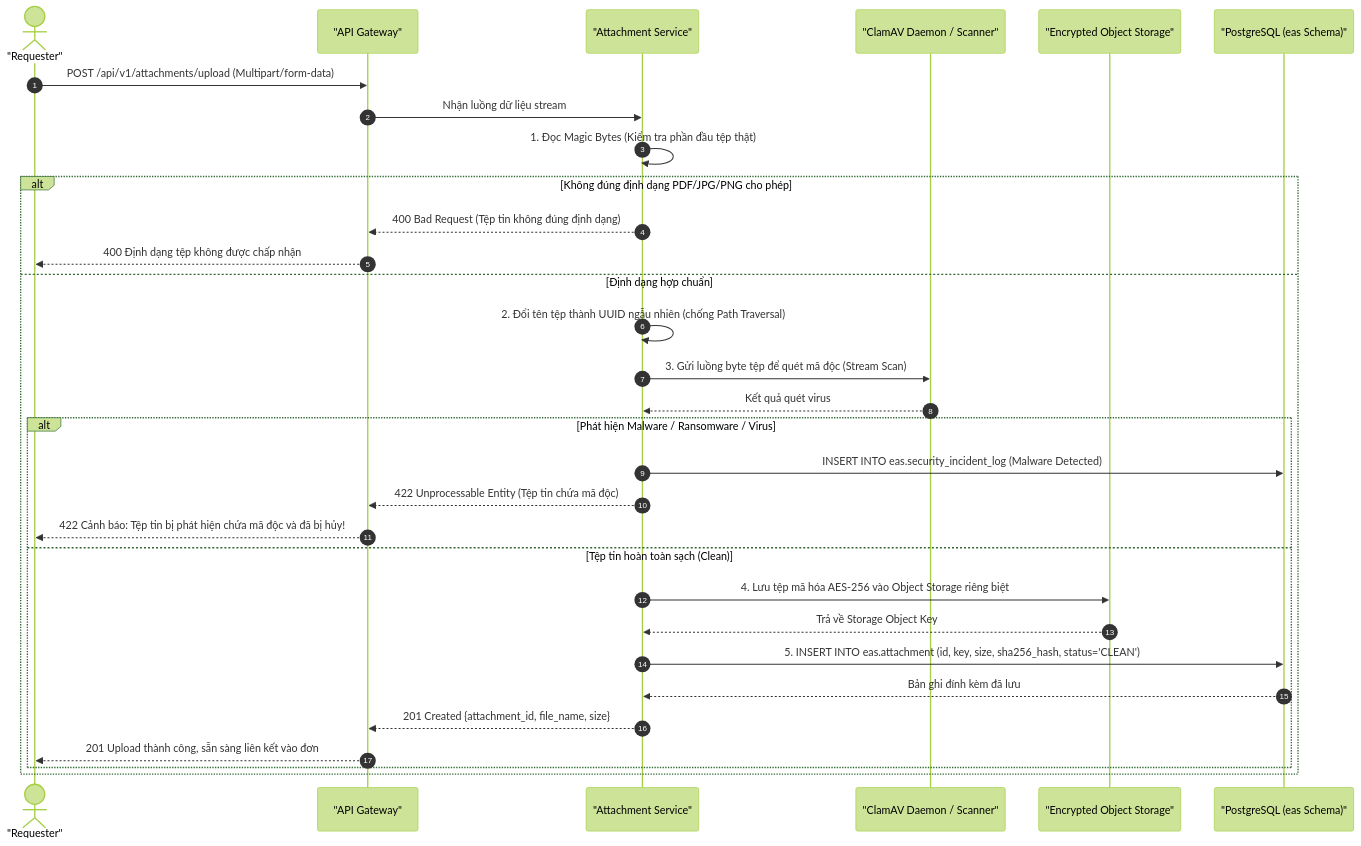
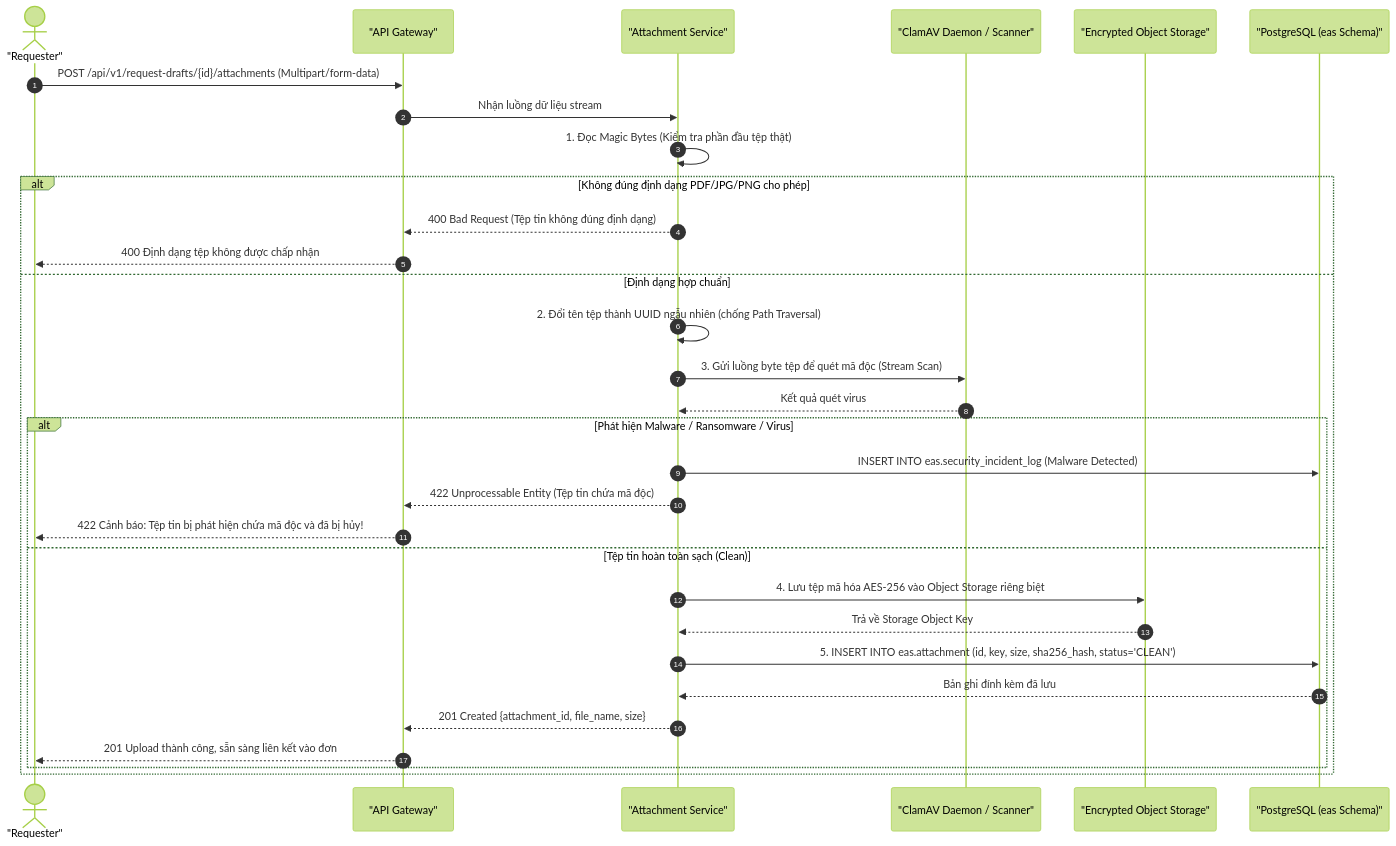
One commit to PhanQuangHuy2310/DATN changed the second of 22 diagrams in workspace/analysis_design/04_SO_DO_SEQUENCE.md. Above: the diagram before and after it, drawn with Mermaid (forest theme). The commit also changed other lines of this file and 176 other files, not shown here.

First line of the commit message:
feat: external systems via API, schema v2, security fixes and E2E-verified UI

````diff
--- a/workspace/analysis_design/04_SO_DO_SEQUENCE.md
+++ b/workspace/analysis_design/04_SO_DO_SEQUENCE.md
@@ -67,34 +67,34 @@
 ```mermaid
 sequenceDiagram
     autonumber
     actor Req as "Requester"
     participant GW as "API Gateway"
     participant Core as "Attachment Service"
     participant ClamAV as "ClamAV Daemon / Scanner"
     participant Storage as "Encrypted Object Storage"
     participant DB as "PostgreSQL (eas Schema)"
 
-    Req->>GW: POST /api/v1/attachments/upload (Multipart/form-data)
+    Req->>GW: POST /api/v1/request-drafts/{id}/attachments (Multipart/form-data)
     GW->>Core: Nhận luồng dữ liệu stream
     Core->>Core: 1. Đọc Magic Bytes (Kiểm tra phần đầu tệp thật)
     alt Không đúng định dạng PDF/JPG/PNG cho phép
         Core-->>GW: 400 Bad Request (Tệp tin không đúng định dạng)
         GW-->>Req: 400 Định dạng tệp không được chấp nhận
     else Định dạng hợp chuẩn
         Core->>Core: 2. Đổi tên tệp thành UUID ngẫu nhiên (chống Path Traversal)
         Core->>ClamAV: 3. Gửi luồng byte tệp để quét mã độc (Stream Scan)
         ClamAV-->>Core: Kết quả quét virus
         alt Phát hiện Malware / Ransomware / Virus
             Core->>DB: INSERT INTO eas.security_incident_log (Malware Detected)
             Core-->>GW: 422 Unprocessable Entity (Tệp tin chứa mã độc)
             GW-->>Req: 422 Cảnh báo: Tệp tin bị phát hiện chứa mã độc và đã bị hủy!
         else Tệp tin hoàn toàn sạch (Clean)
             Core->>Storage: 4. Lưu tệp mã hóa AES-256 vào Object Storage riêng biệt
             Storage-->>Core: Trả về Storage Object Key
             Core->>DB: 5. INSERT INTO eas.attachment (id, key, size, sha256_hash, status='CLEAN')
             DB-->>Core: Bản ghi đính kèm đã lưu
             Core-->>GW: 201 Created {attachment_id, file_name, size}
             GW-->>Req: 201 Upload thành công, sẵn sàng liên kết vào đơn
         end
     end
 ```
````
